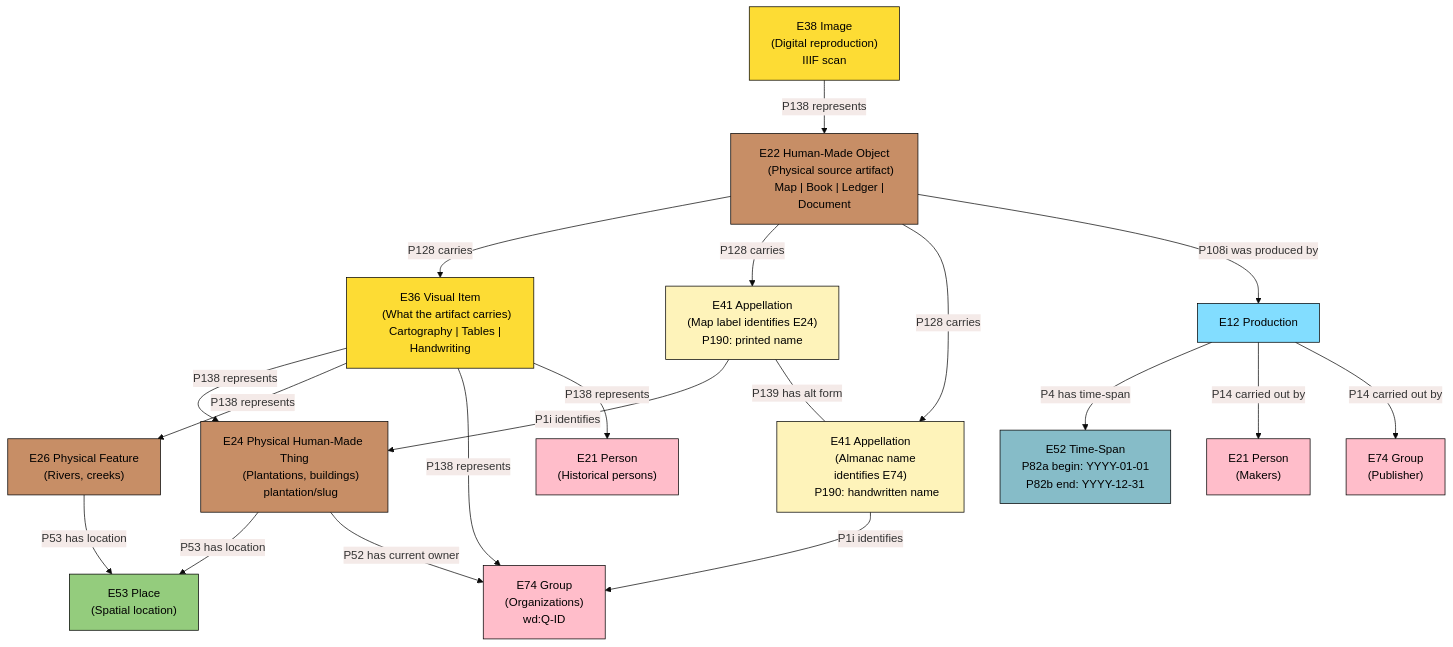
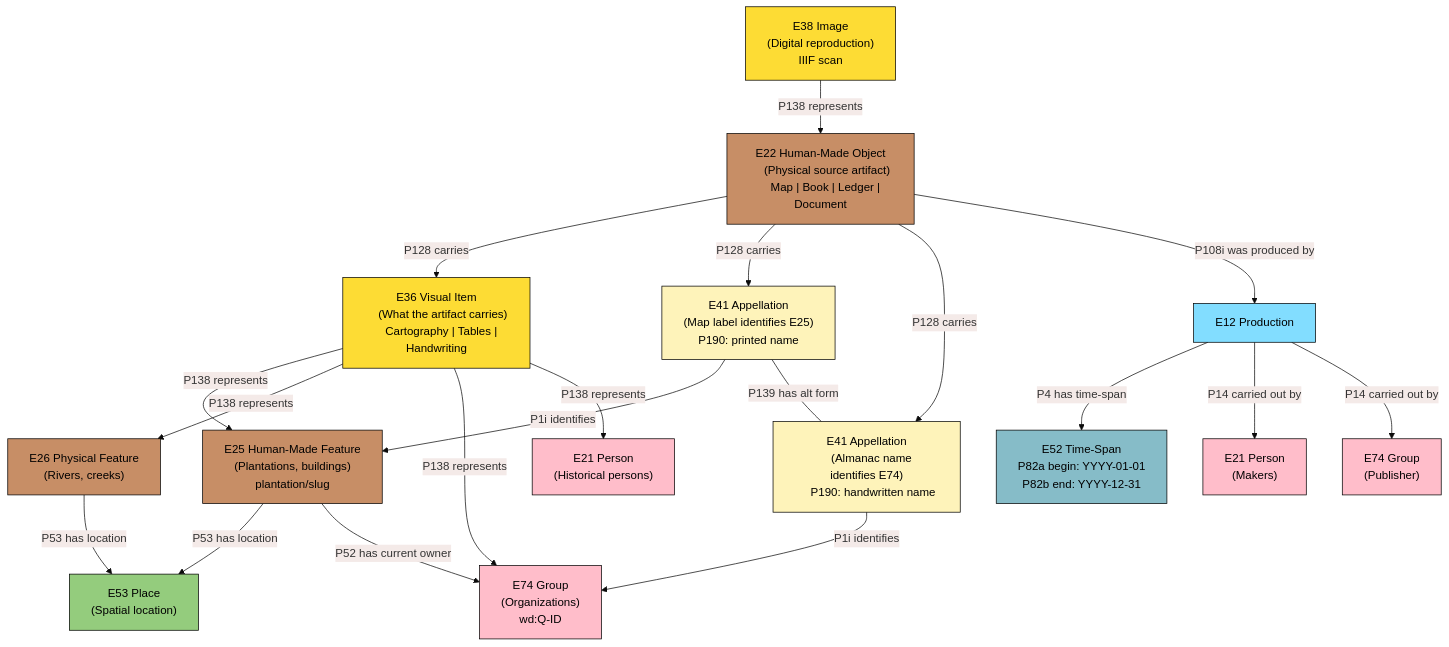
One commit to jonaschlegel/suriname-database-model changed the eighth of 8 diagrams in docs/models/source-pattern-explained.mdx. Above: the diagram before and after it, drawn with Mermaid. The commit also changed other lines of this file and 41 other files, not shown here.

```diff
--- a/docs/models/source-pattern-explained.mdx
+++ b/docs/models/source-pattern-explained.mdx
@@ -419,7 +419,7 @@
     Cartography | Tables | Handwriting"]
 
     E41_MAP["E41 Appellation
-    (Map label identifies E24)
+    (Map label identifies E25)
     P190: printed name"]
 
     E41_ALM["E41 Appellation
@@ -438,7 +438,7 @@
     E74_PUB["E74 Group
     (Publisher)"]
 
-    E24["E24 Physical Human-Made Thing
+    E25["E25 Human-Made Feature
     (Plantations, buildings)
     plantation/slug"]
 
@@ -470,20 +470,20 @@
     E12 -->|"P14 carried out by"| E74_PUB
 
     %% Layer 5: Content represents reality
-    E36 -->|"P138 represents"| E24
+    E36 -->|"P138 represents"| E25
     E36 -->|"P138 represents"| E26
     E36 -->|"P138 represents"| E74_ORG
     E36 -->|"P138 represents"| E21_PERSON
 
     %% Layer 6: Names identify entities
-    E41_MAP -->|"P1i identifies"| E24
+    E41_MAP -->|"P1i identifies"| E25
     E41_ALM -->|"P1i identifies"| E74_ORG
     E41_MAP ---|"P139 has alt form"| E41_ALM
 
     %% Layer 7: Location and ownership
-    E24 -->|"P53 has location"| E53
+    E25 -->|"P53 has location"| E53
     E26 -->|"P53 has location"| E53
-    E24 -->|"P52 has current owner"| E74_ORG
+    E25 -->|"P52 has current owner"| E74_ORG
 
     classDef crm_E18_Physical_Thing fill:#c78e66,stroke:#000000,color:#000000
     classDef crm_E28_Conceptual_Object fill:#fddc34,stroke:#000000,color:#000000
@@ -498,7 +498,7 @@
     class E36 crm_E28_Conceptual_Object
     class E41_MAP crm_E41_Appellation
     class E41_ALM crm_E41_Appellation
-    class E24 crm_E18_Physical_Thing
+    class E25 crm_E18_Physical_Thing
     class E53 crm_E53_Place
     class E26 crm_E18_Physical_Thing
     class E74_ORG crm_E39_Actor
```
